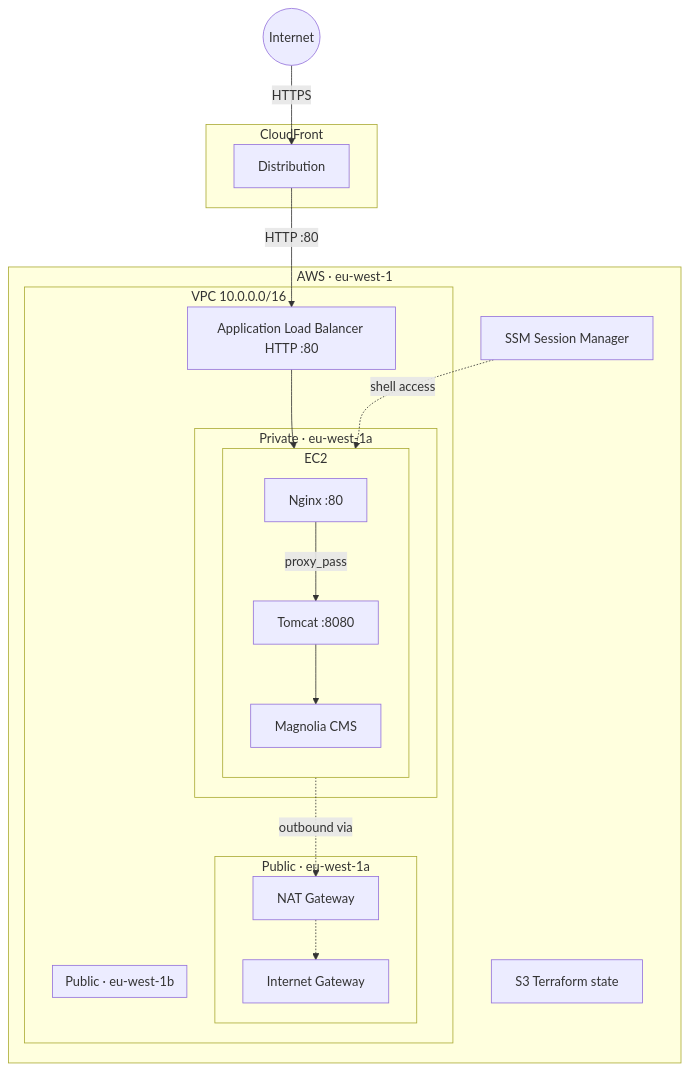
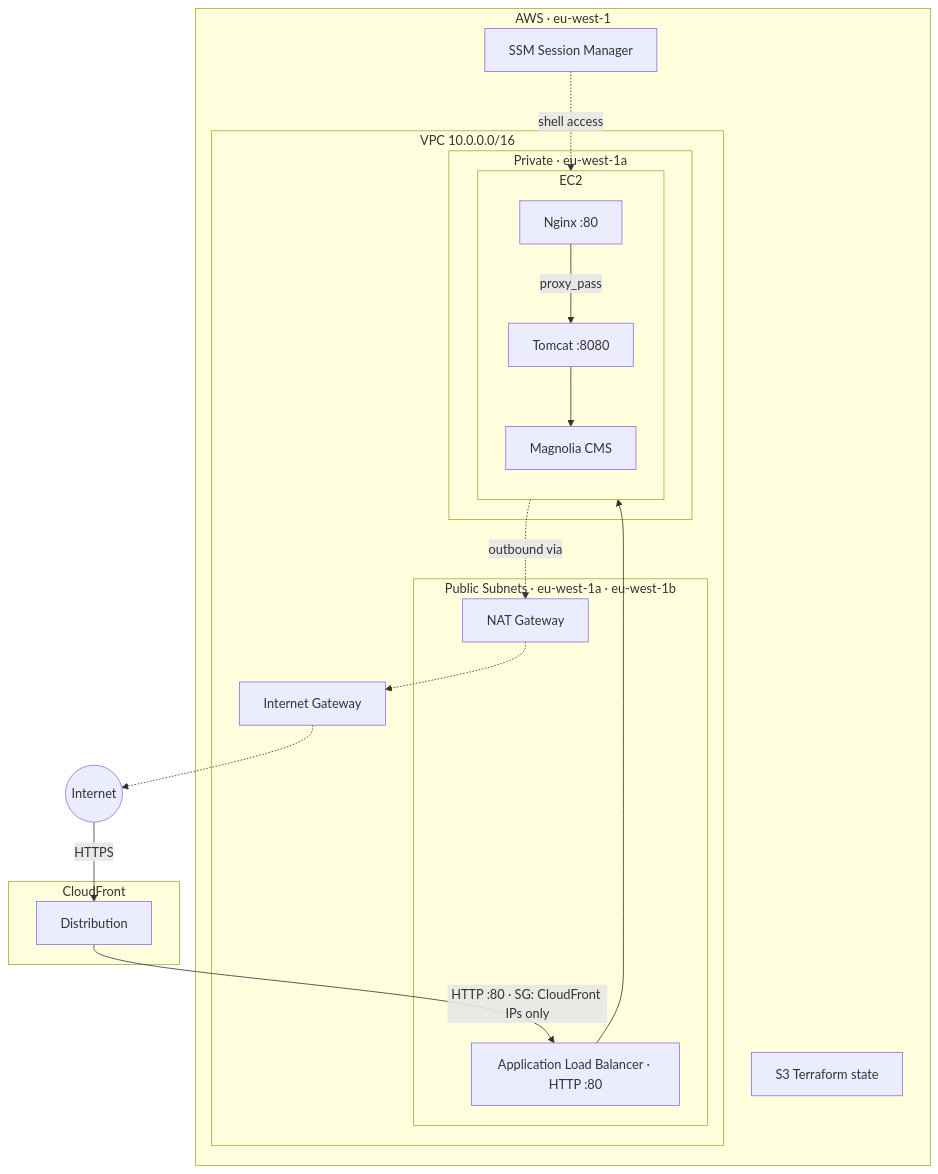
The diagram in README.md (rogerfc/Crescendo-DevOps-exam), drawn with Mermaid before and after one commit. The commit also changed other lines of this file and 1 other file, not shown here.

````diff
--- a/README.md
+++ b/README.md
@@ -15,42 +16,42 @@
 ```mermaid
 graph TB
     Internet((Internet))
 
     subgraph CF["CloudFront"]
         CFD[Distribution]
     end
 
     Internet -->|HTTPS| CFD
 
     subgraph AWS["AWS · eu-west-1"]
         subgraph VPC["VPC 10.0.0.0/16"]
-            subgraph PubA["Public · eu-west-1a"]
-                IGW[Internet Gateway]
+            IGW[Internet Gateway]
+
+            subgraph Pub["Public Subnets · eu-west-1a · eu-west-1b"]
                 NATGW[NAT Gateway]
+                ALB[Application Load Balancer · HTTP :80]
             end
-            subgraph PubB["Public · eu-west-1b"]
-            end
-            ALB[Application Load Balancer HTTP :80]
 
             subgraph PrivA["Private · eu-west-1a"]
                 subgraph EC2["EC2"]
                     direction TB
                     Nginx["Nginx :80"]
                     Tomcat["Tomcat :8080"]
                     Magnolia["Magnolia CMS"]
                 end
             end
         end
 
         SSM["SSM Session Manager"]
         S3State["S3 Terraform state"]
     end
 
-    CFD -->|HTTP :80| ALB
+    CFD -->|"HTTP :80 · SG: CloudFront IPs only"| ALB
     ALB --> Nginx
     Nginx -->|proxy_pass| Tomcat
     Tomcat --> Magnolia
     EC2 -.->|outbound via| NATGW
     NATGW -.-> IGW
+    IGW -.-> Internet
     SSM -.->|shell access| EC2
 ```
````
